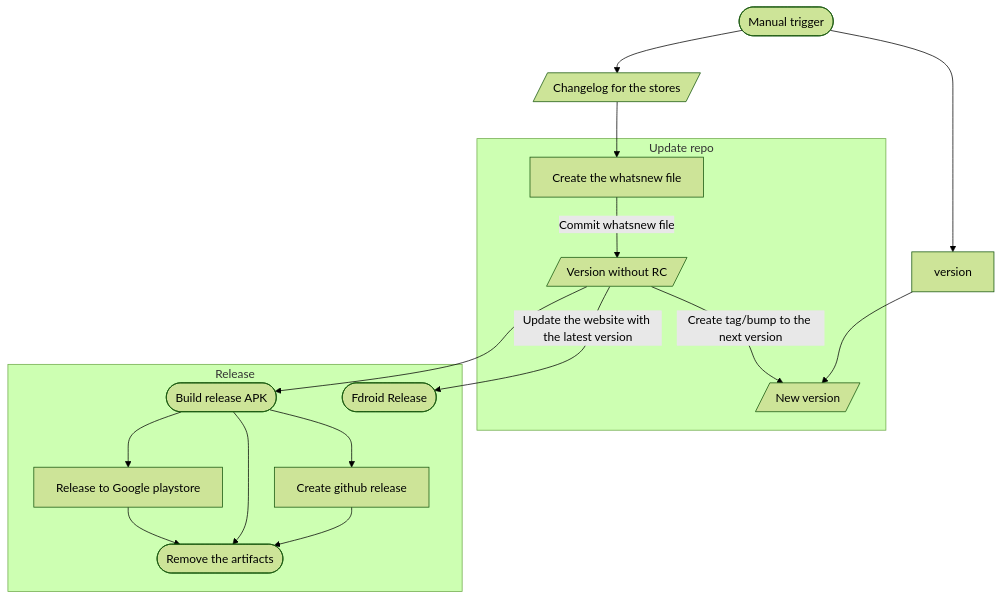
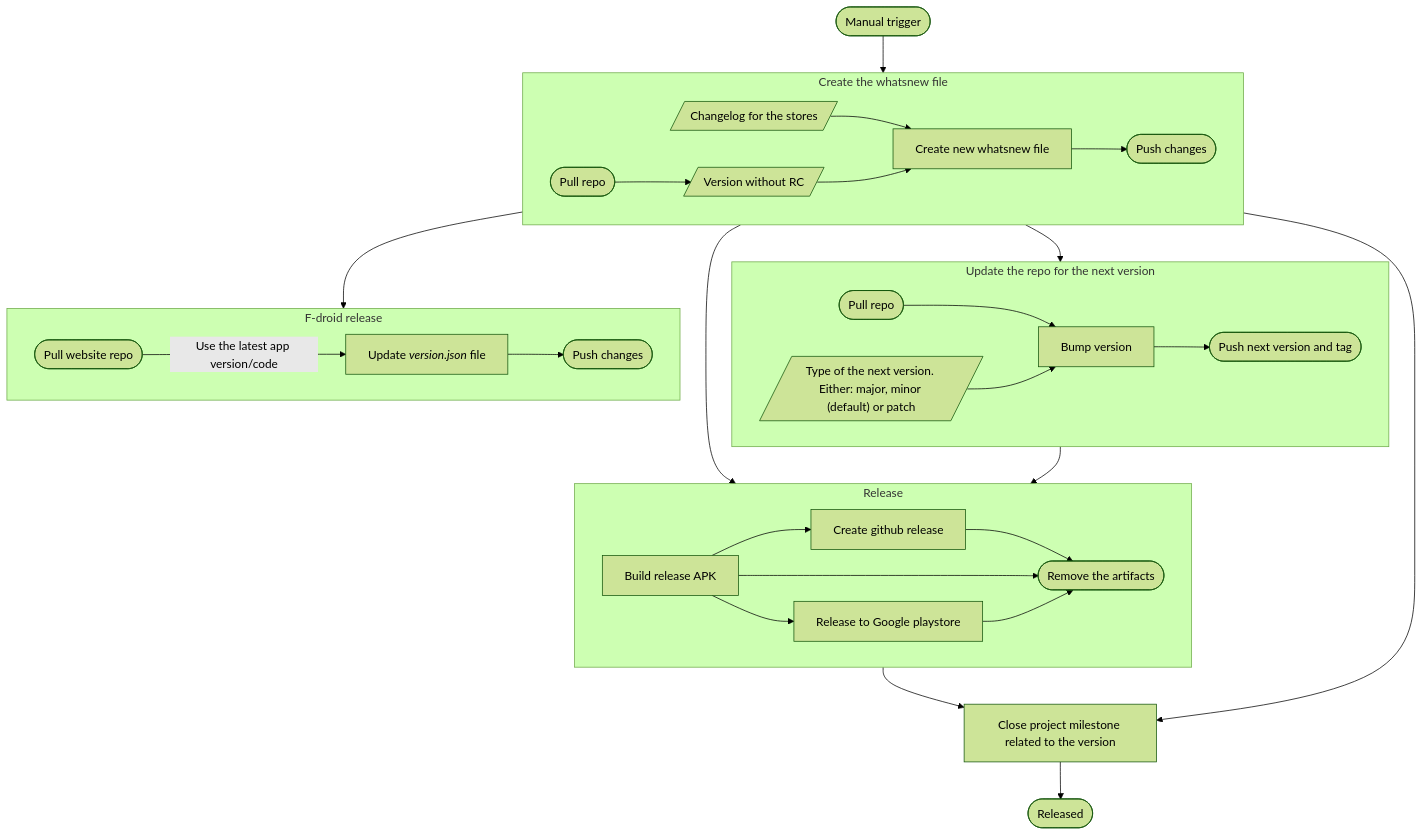
One commit to 8VIM/8VIM.github.io changed the diagram in website/versioned_docs/version-0.16.x/dev/contributions/03-release.md. Above: the diagram before and after it, drawn with Mermaid (forest theme). The commit also changed 2 other files, not shown here.

````diff
--- a/website/versioned_docs/version-0.16.x/dev/contributions/03-release.md
+++ b/website/versioned_docs/version-0.16.x/dev/contributions/03-release.md
@@ -8,31 +8,45 @@
 ```mermaid
 graph TD
-    whatsnew[/Changelog for the stores/]
-    next_version[/"Type of the next version. Either: major, minor (default) or patch"/]
+    close_milestone[Close project milestone related to the version]
+    manual([Manual trigger]) --> update_version
 
-    manual([Manual trigger])
+    update_version --> next_version
+    update_version --> release
+    next_version --> release
+    update_version --> fdroid
+    release --> close_milestone
+    update_version --> close_milestone
+    close_milestone --> released([Released])
 
-    manual --> whatsnew
-    manual --> version
-
-    whatsnew --> write_whatsnew[Create the whatsnew file]
-    version --> next_version
-
-    subgraph update_repo[Update repo]
-        write_whatsnew -- Commit whatsnew file --> current_version[/Version without RC/]
-        current_version -- "Create tag/bump to the next version" --> next_version[/New version/]
-
+    subgraph update_version[Create the whatsnew file]
+        whatsnew_push[Push changes]
+        current_version[/Version without RC/]
+        create_file[Create new whatsnew file]
+        whatsnew_pull([Pull repo]) --> current_version
+        whatsnew[/Changelog for the stores/] --> create_file
+        current_version --> create_file
+        create_file --> whatsnew_push([Push changes])
     end
 
-    current_version --> build
+    subgraph next_version[Update the repo for the next version]
+        next_version_pull([Pull repo])
+        bump[Bump version]
+        next_version_pull --> bump
+        version[/"Type of the next version. Either: major, minor (default) or patch"/] --> bump
+        bump --> next_version_push([Push next version and tag])
+    end
 
     subgraph release[Release]
-        build([Build release APK]) --> playstore[Release to Google playstore]
-        current_version -- Update the website with the latest version --> fdroid([Fdroid Release])
+        build[Build release APK] --> playstore[Release to Google playstore]
         build --> github_release[Create github release]
         cleanup([Remove the artifacts])
         github_release --> cleanup
         build --> cleanup
         playstore --> cleanup
     end
+
+    subgraph fdroid[F-droid release]
+        fdroid_pull([Pull website repo]) -- Use the latest app version/code --> promote_fdroid["`Update *version.json* file`"]
+        promote_fdroid --> fdroid_push([Push changes])
+    end
 ```
````
